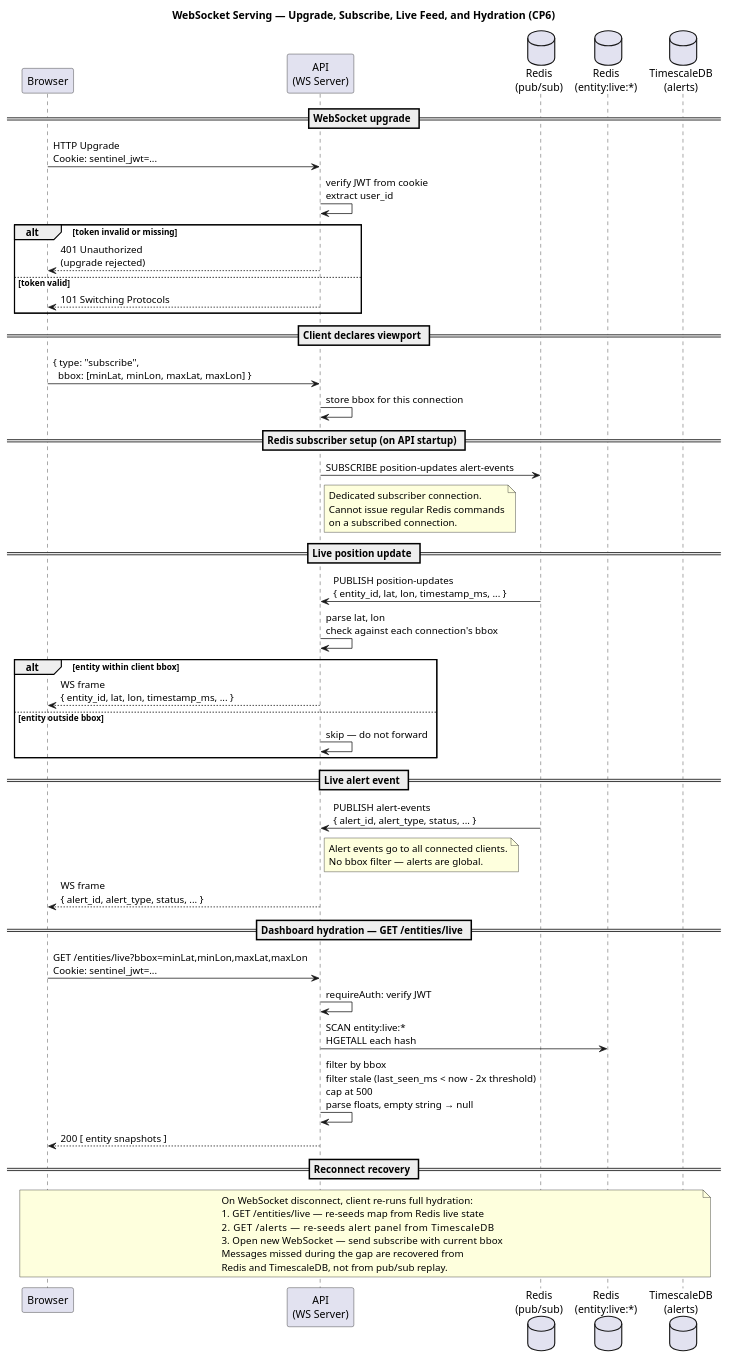
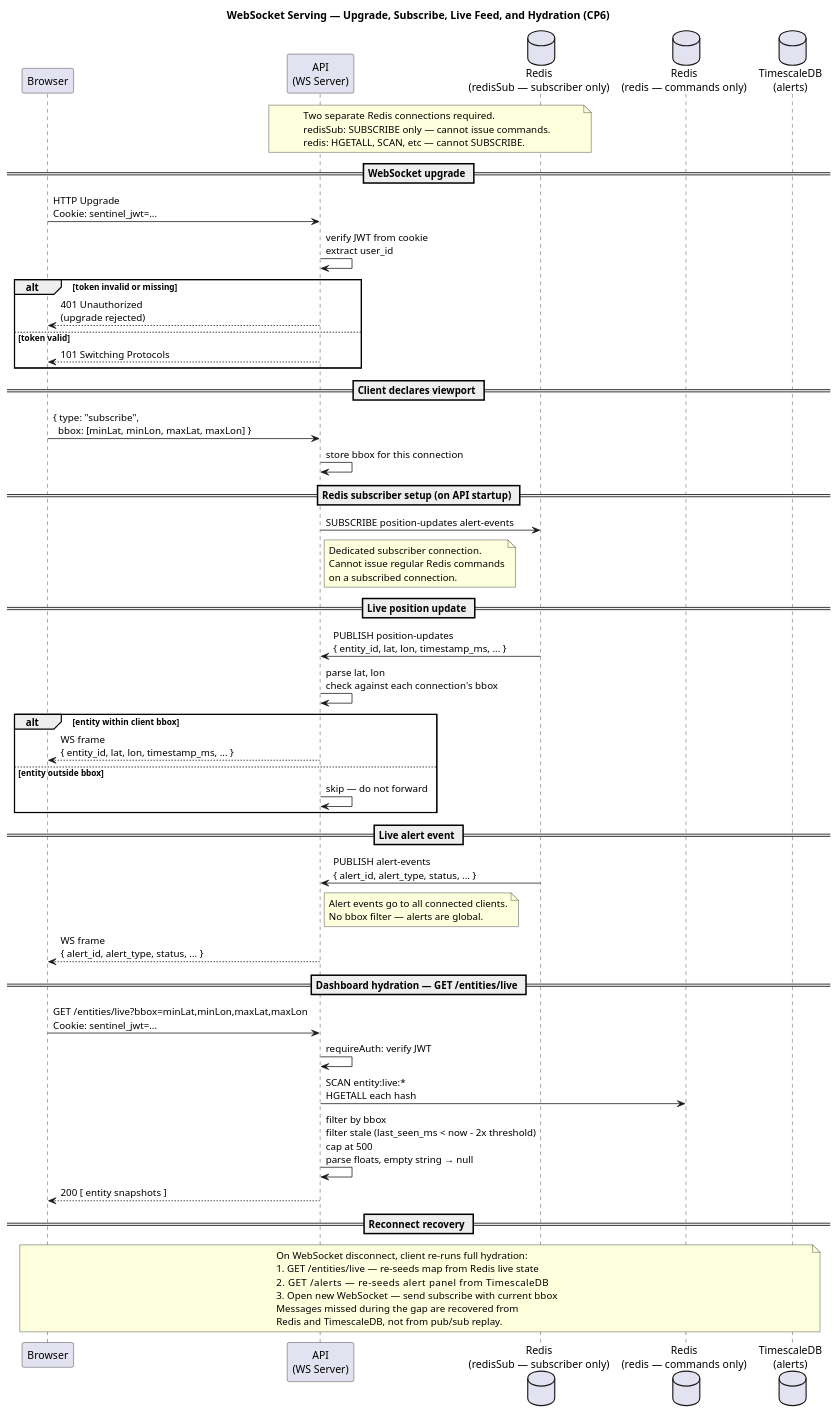
One commit to Buffden/sentinel changed the diagram in docs/implementation/phase-03-signal-loss-alert-delivery/concepts/websocket-serving/websocket-serving-flow.puml. Above: the diagram before and after it, drawn with PlantUML.

Commit message:
docs: add pub sub in diagram

```diff
--- a/docs/implementation/phase-03-signal-loss-alert-delivery/concepts/websocket-serving/websocket-serving-flow.puml
+++ b/docs/implementation/phase-03-signal-loss-alert-delivery/concepts/websocket-serving/websocket-serving-flow.puml
@@ -1,73 +1,79 @@
 @startuml websocket-serving-flow
 
 title WebSocket Serving — Upgrade, Subscribe, Live Feed, and Hydration (CP6)
 
 participant Browser
 participant "API\n(WS Server)" as API
-database "Redis\n(pub/sub)" as Redis
-database "Redis\n(entity:live:*)" as RedisLive
+database "Redis\n(redisSub — subscriber only)" as Redis
+database "Redis\n(redis — commands only)" as RedisLive
 database "TimescaleDB\n(alerts)" as DB
+
+note over API, Redis
+  Two separate Redis connections required.
+  redisSub: SUBSCRIBE only — cannot issue commands.
+  redis: HGETALL, SCAN, etc — cannot SUBSCRIBE.
+end note
 
 == WebSocket upgrade ==
 
 Browser -> API : HTTP Upgrade\nCookie: sentinel_jwt=...
 API -> API : verify JWT from cookie\nextract user_id
 alt token invalid or missing
   API --> Browser : 401 Unauthorized\n(upgrade rejected)
 else token valid
   API --> Browser : 101 Switching Protocols
 end
 
 == Client declares viewport ==
 
 Browser -> API : { type: "subscribe",\n  bbox: [minLat, minLon, maxLat, maxLon] }
 API -> API : store bbox for this connection
 
 == Redis subscriber setup (on API startup) ==
 
 API -> Redis : SUBSCRIBE position-updates alert-events
 note right of API
   Dedicated subscriber connection.
   Cannot issue regular Redis commands
   on a subscribed connection.
 end note
 
 == Live position update ==
 
 Redis -> API : PUBLISH position-updates\n{ entity_id, lat, lon, timestamp_ms, ... }
 API -> API : parse lat, lon\ncheck against each connection's bbox
 alt entity within client bbox
   API --> Browser : WS frame\n{ entity_id, lat, lon, timestamp_ms, ... }
 else entity outside bbox
   API -> API : skip — do not forward
 end
 
 == Live alert event ==
 
 Redis -> API : PUBLISH alert-events\n{ alert_id, alert_type, status, ... }
 note right of API
   Alert events go to all connected clients.
   No bbox filter — alerts are global.
 end note
 API --> Browser : WS frame\n{ alert_id, alert_type, status, ... }
 
 == Dashboard hydration — GET /entities/live ==
 
 Browser -> API : GET /entities/live?bbox=minLat,minLon,maxLat,maxLon\nCookie: sentinel_jwt=...
 API -> API : requireAuth: verify JWT
 API -> RedisLive : SCAN entity:live:*\nHGETALL each hash
 API -> API : filter by bbox\nfilter stale (last_seen_ms < now - 2x threshold)\ncap at 500\nparse floats, empty string → null
 API --> Browser : 200 [ entity snapshots ]
 
 == Reconnect recovery ==
 
 note over Browser, DB
   On WebSocket disconnect, client re-runs full hydration:
   1. GET /entities/live  — re-seeds map from Redis live state
   2. GET /alerts         — re-seeds alert panel from TimescaleDB
   3. Open new WebSocket  — send subscribe with current bbox
   Messages missed during the gap are recovered from
   Redis and TimescaleDB, not from pub/sub replay.
 end note
 
 @enduml
```
